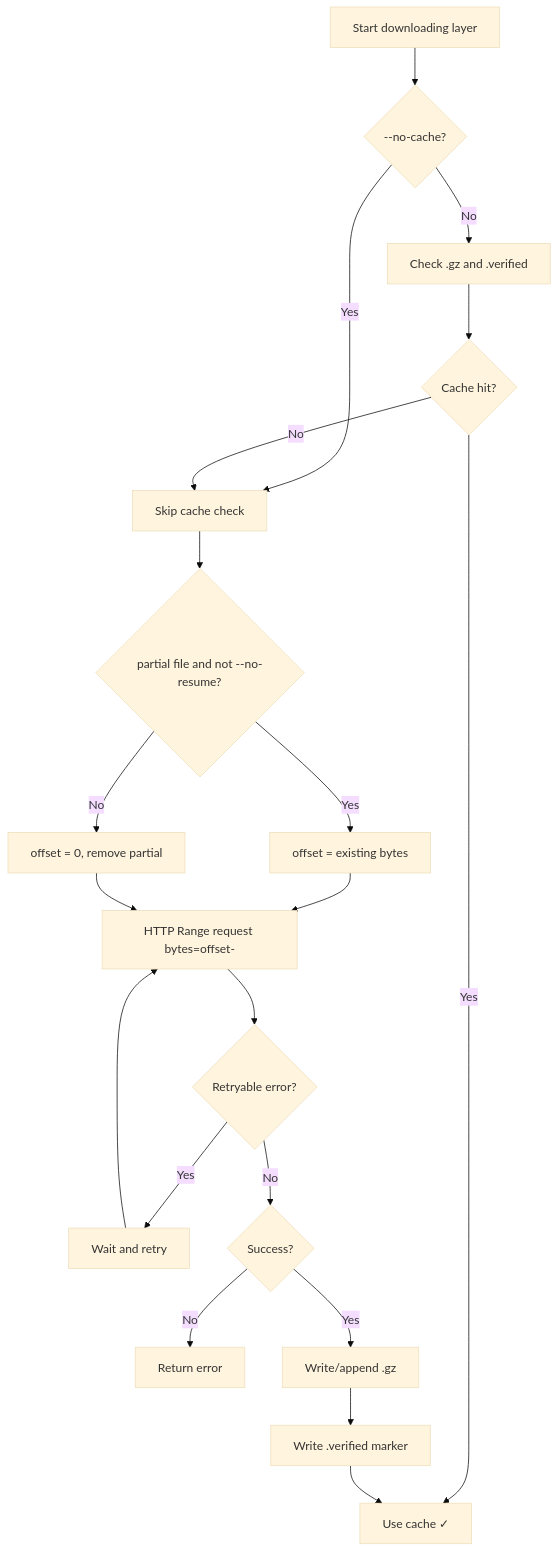
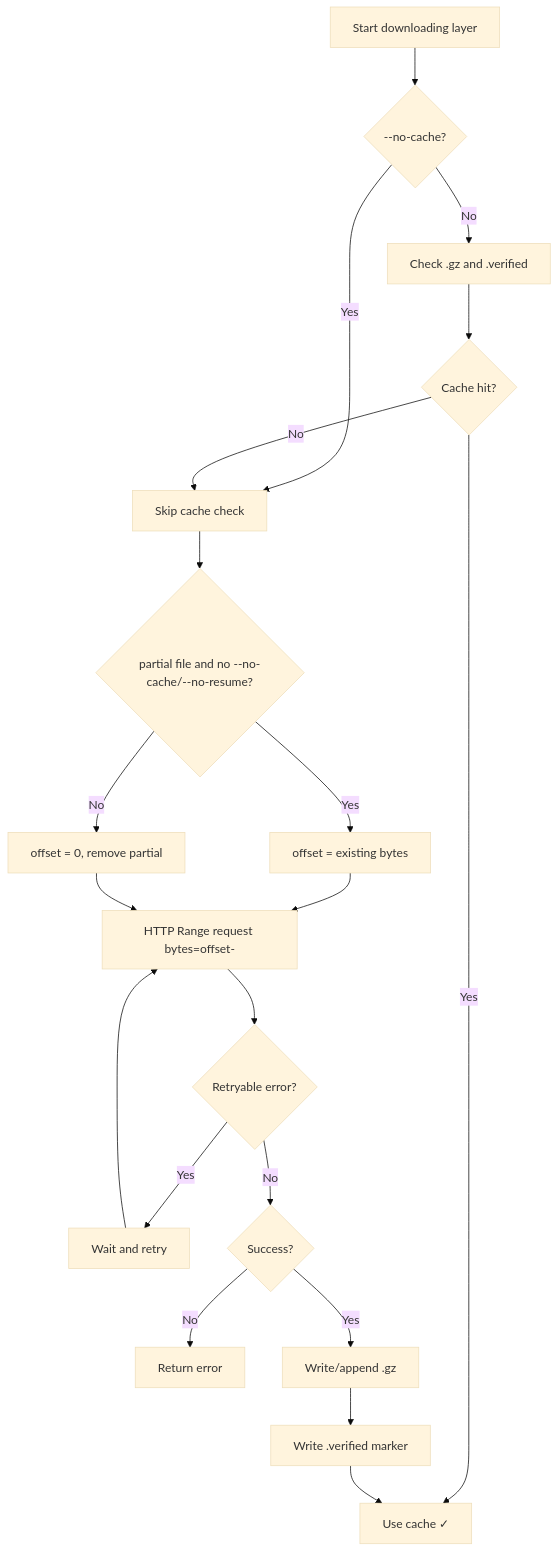
One commit to AspartameJ/imgp changed the second of 4 diagrams in README_EN.md. Above: the diagram before and after it, drawn with Mermaid (base theme). The commit also changed other lines of this file and 17 other files, not shown here.

````diff
--- a/README_EN.md
+++ b/README_EN.md
@@ -70,22 +70,22 @@
 ```mermaid
 flowchart TD
     A[Start downloading layer] --> B{--no-cache?}
     B -- Yes --> D[Skip cache check]
     B -- No --> C[Check .gz and .verified]
     C --> E{Cache hit?}
     E -- Yes --> F[Use cache ✓]
     E -- No --> D
-    D --> G{partial file and not --no-resume?}
+    D --> G{partial file and no --no-cache/--no-resume?}
     G -- Yes --> H[offset = existing bytes]
     G -- No --> I[offset = 0, remove partial]
     H --> J[HTTP Range request bytes=offset-]
     I --> J
     J --> K{Retryable error?}
     K -- Yes --> L[Wait and retry]
     L --> J
     K -- No --> M{Success?}
     M -- No --> N[Return error]
     M -- Yes --> O[Write/append .gz]
     O --> P[Write .verified marker]
     P --> F
 ```
````
